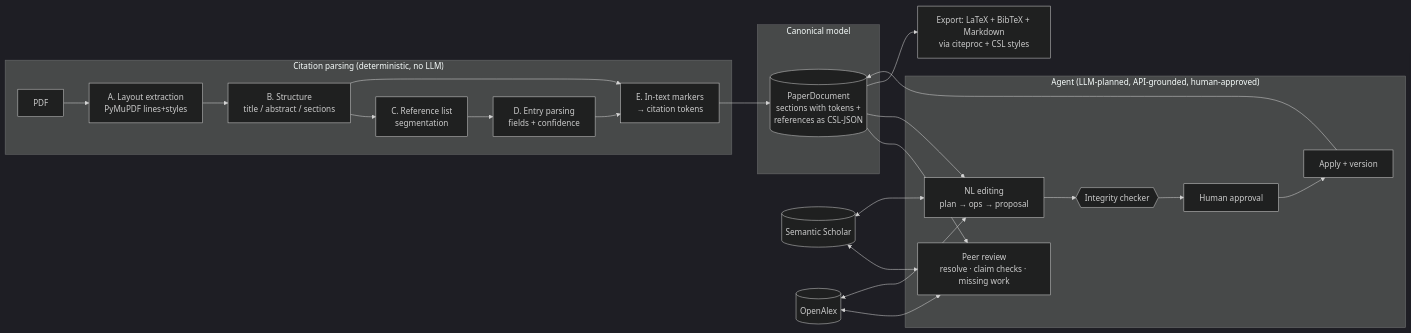
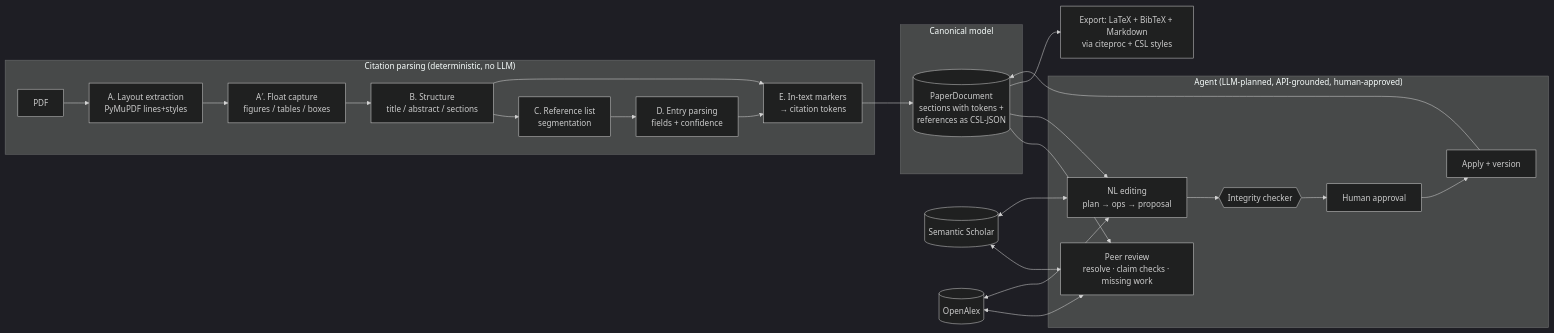
Before and after one commit to rakshit9/answerthis.io: the first of 2 diagrams in docs/system-design.md, drawn with Mermaid (dark theme). The commit also changed other lines of this file and 15 other files, not shown here.

````diff
--- a/docs/system-design.md
+++ b/docs/system-design.md
@@ -7,27 +7,28 @@
 ```mermaid
 flowchart LR
     subgraph Parsing["Citation parsing (deterministic, no LLM)"]
         PDF[PDF] --> A[A. Layout extraction<br/>PyMuPDF lines+styles]
-        A --> B[B. Structure<br/>title / abstract / sections]
+        A --> AF[A′. Float capture<br/>figures / tables / boxes]
+        AF --> B[B. Structure<br/>title / abstract / sections]
         B --> C[C. Reference list<br/>segmentation]
         C --> D[D. Entry parsing<br/>fields + confidence]
         B --> E[E. In-text markers<br/>→ citation tokens]
         D --> E
     end
     subgraph Canon["Canonical model"]
         DOC[(PaperDocument<br/>sections with tokens +<br/>references as CSL-JSON)]
     end
     E --> DOC
     subgraph Agent["Agent (LLM-planned, API-grounded, human-approved)"]
         DOC --> REV[Peer review<br/>resolve · claim checks · missing work]
         DOC --> EDIT[NL editing<br/>plan → ops → proposal]
         EDIT --> INT{{Integrity checker}}
         INT --> APPROVE[Human approval] --> APPLY[Apply + version]
         APPLY --> DOC
     end
     S2[(Semantic Scholar)] <--> REV
     OA[(OpenAlex)] <--> REV
     S2 <--> EDIT
     OA <--> EDIT
     DOC --> EXP[Export: LaTeX + BibTeX + Markdown<br/>via citeproc + CSL styles]
 ```
````
